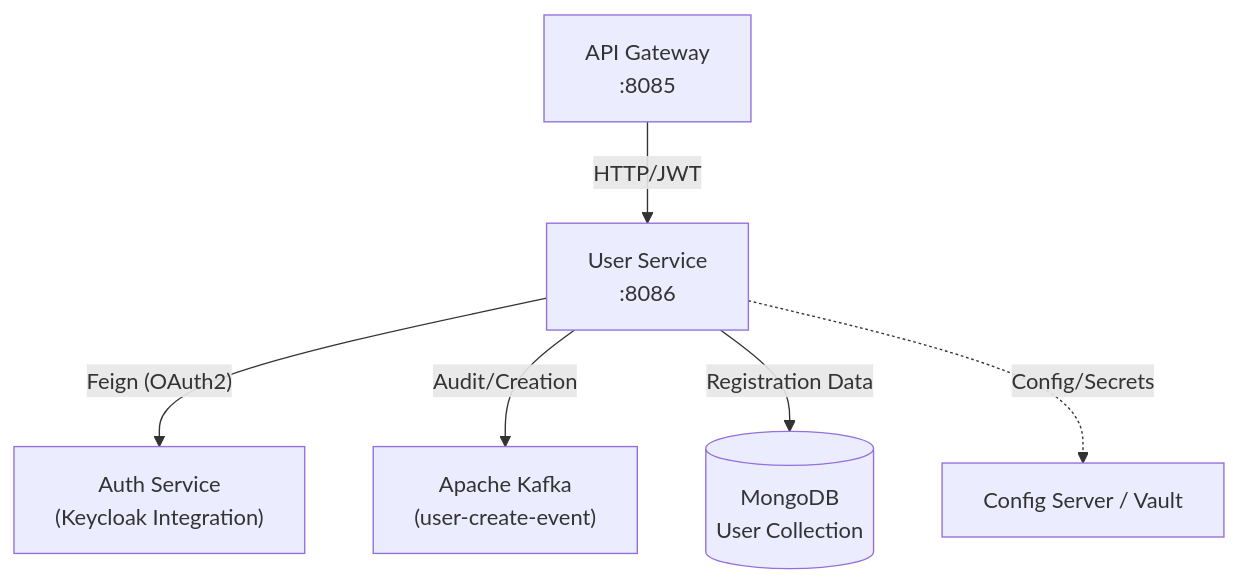
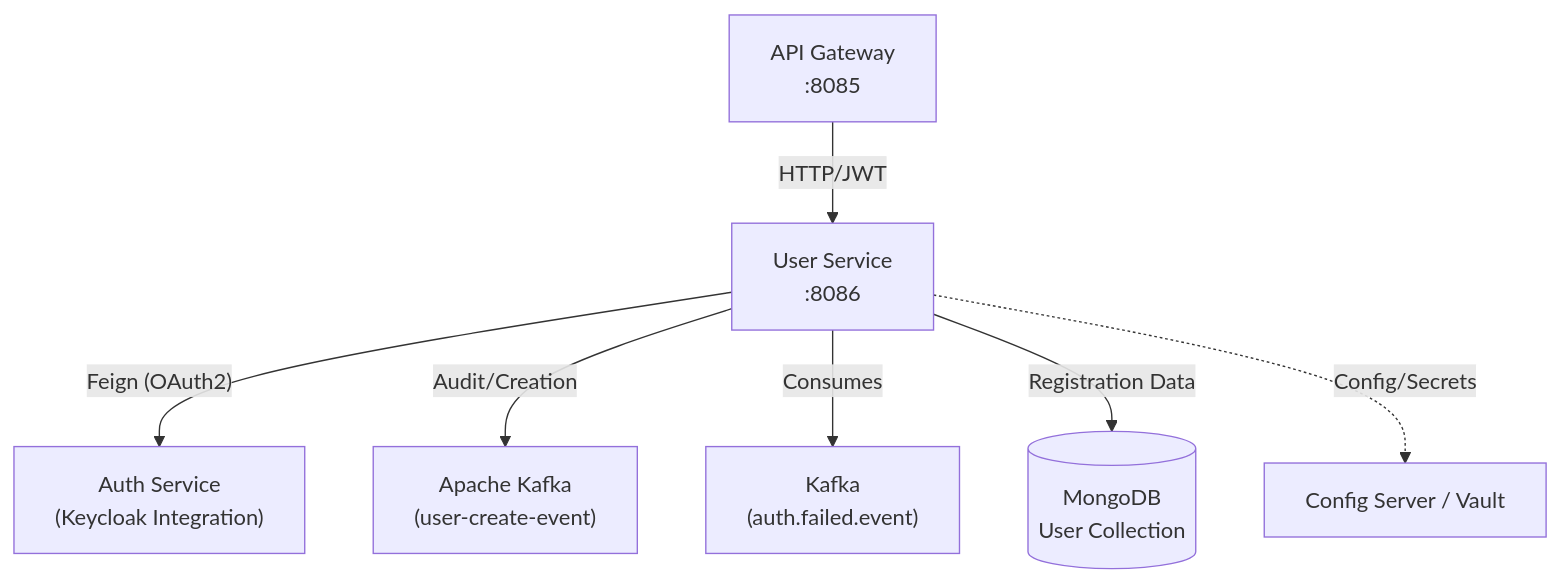
One commit to Event-Based-Banking-Application/arya-banking changed the first of 2 diagrams in content/docs/user-service/architecture.md. Above: the diagram before and after it, drawn with Mermaid. The commit also changed other lines of this file and 8 other files, not shown here.

````diff
--- a/content/docs/user-service/architecture.md
+++ b/content/docs/user-service/architecture.md
@@ -13,8 +13,9 @@
 ```mermaid
 flowchart TD
     GW["API Gateway<br/>:8085"] -->|HTTP/JWT| US["User Service<br/>:8086"]
     US -->|"Feign (OAuth2)"| KC["Auth Service<br/>(Keycloak Integration)"]
     US -->|"Audit/Creation"| KF["Apache Kafka<br/>(user-create-event)"]
+    US -->|"Consumes"| KF2["Kafka<br/>(auth.failed.event)"]
     US -->|"Registration Data"| MG[("MongoDB<br/>User Collection")]
     US -.->|"Config/Secrets"| CS["Config Server / Vault"]
 ```
````
